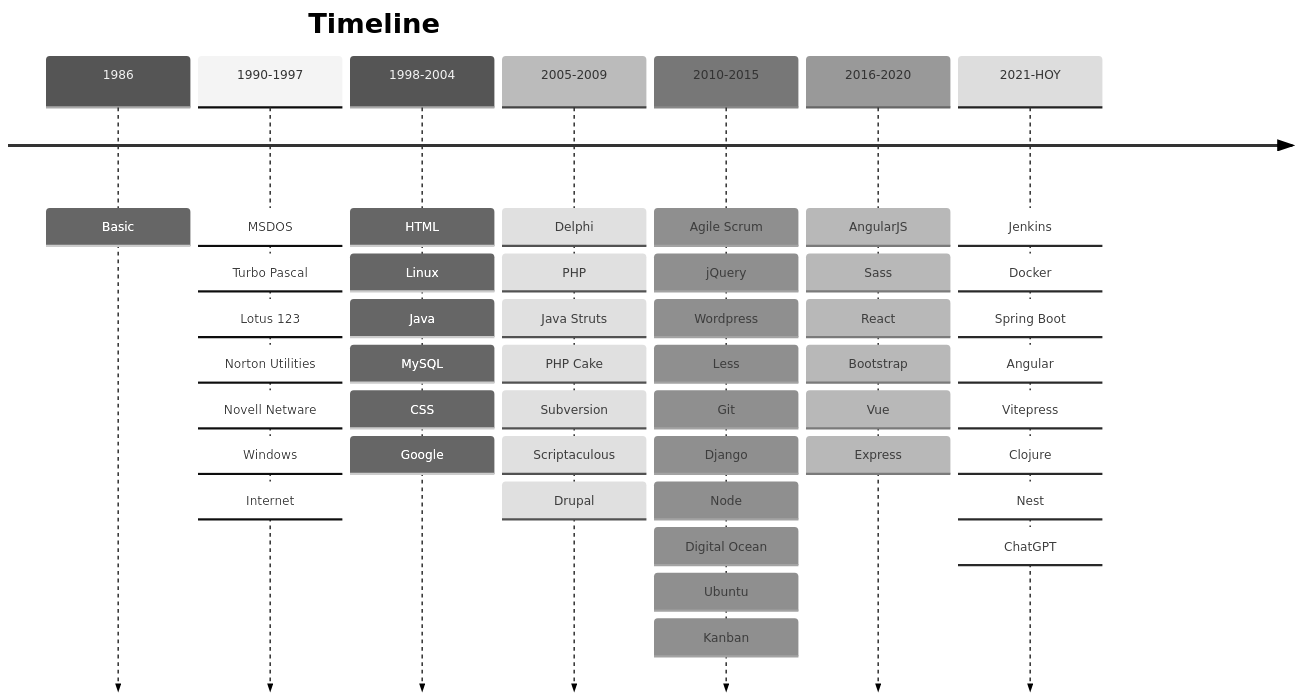
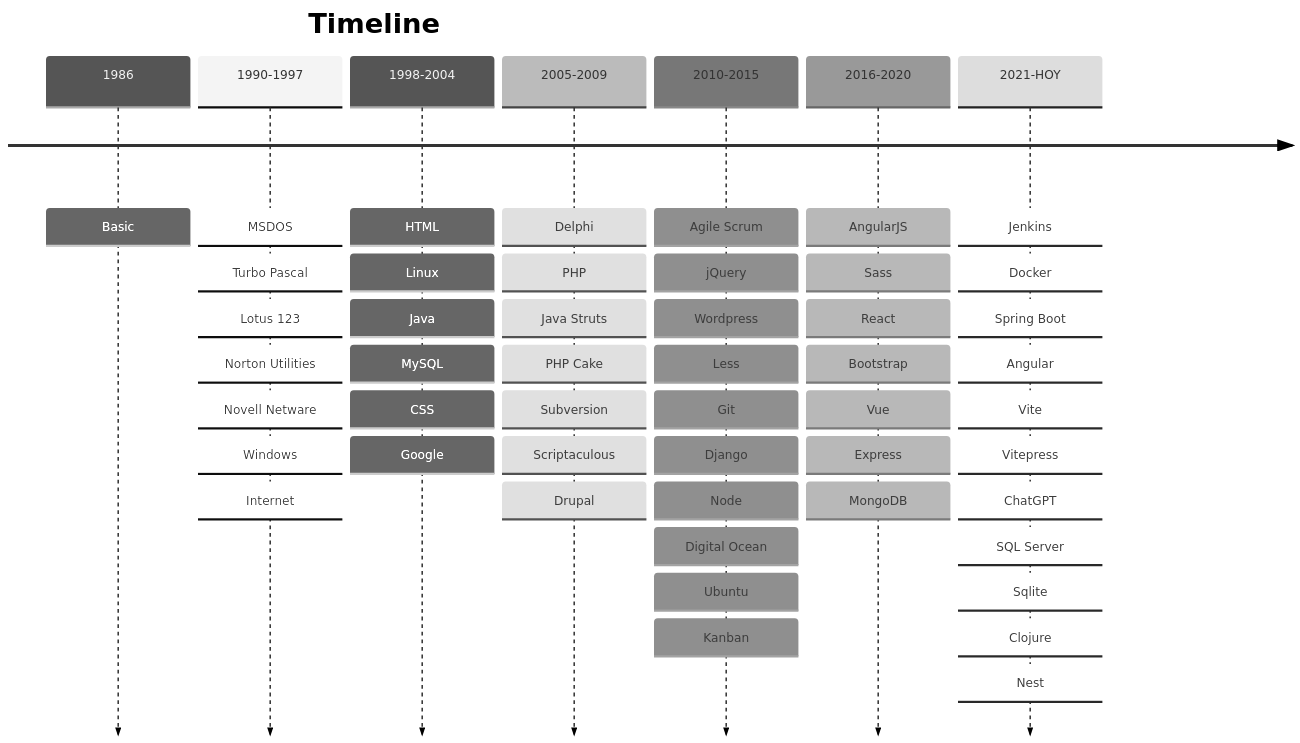
The second of 2 diagrams in docs/index.md (akobashikawa/vitepress-akcstudio), drawn with Mermaid (neutral theme) before and after one commit.

Commit message:
Agrega info

````diff
--- a/docs/index.md
+++ b/docs/index.md
@@ -77,52 +77,56 @@
 ```mermaid
 
 timeline
   title Timeline
   1986 : Basic
   1990-1997 : MSDOS
         : Turbo Pascal
         : Lotus 123
         : Norton Utilities
         : Novell Netware
         : Windows
         : Internet
   1998-2004 : HTML
         : Linux
         : Java
         : MySQL
         : CSS
         : Google
   2005-2009 : Delphi
         : PHP
         : Java Struts
         : PHP Cake
         : Subversion
         : Scriptaculous
         : Drupal
   2010-2015 : Agile Scrum
         : jQuery
         : Wordpress
         : Less
         : Git
         : Django
         : Node
         : Digital Ocean
         : Ubuntu
         : Kanban
   2016-2020 : AngularJS
         : Sass
         : React
         : Bootstrap
         : Vue
         : Express
+        : MongoDB
   2021-HOY : Jenkins
         : Docker
         : Spring Boot
         : Angular
+        : Vite
         : Vitepress
+        : ChatGPT
+        : SQL Server
+        : Sqlite
         : Clojure
         : Nest
-        : ChatGPT
 
   
 ```
````
